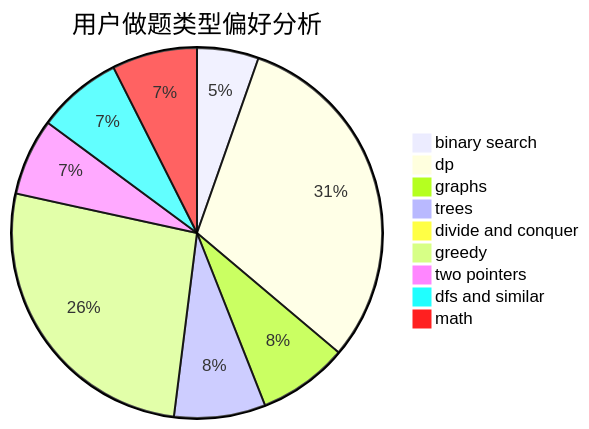
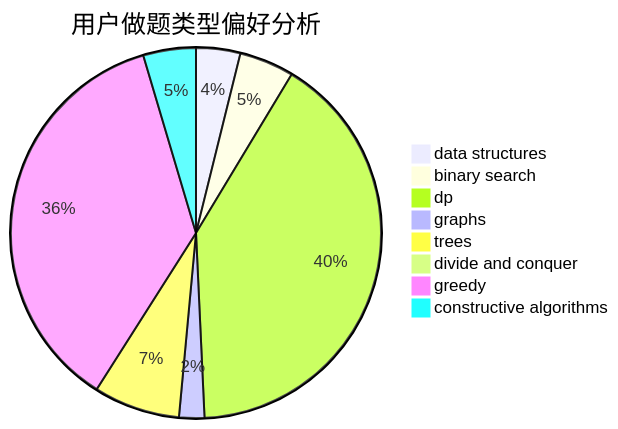
The second of 3 diagrams in docs/user/u2676.md (sherpahu/cfrs.github.io), drawn with Mermaid before and after one commit. The commit also changed other lines of this file and 2775 other files, not shown here.

````diff
--- a/docs/user/u2676.md
+++ b/docs/user/u2676.md
@@ -23,12 +23,11 @@
 ```mermaid
 pie title 用户做题类型偏好分析
-    "binary search" :  89
-    "dp" :  509
-    "graphs" :  130
-    "trees" :  132
+    "data structures" :  21
+    "binary search" :  26
+    "dp" :  221
+    "graphs" :  12
+    "trees" :  41
     "divide and conquer" :  4
-    "greedy" :  437
-    "two pointers" :  111
-    "dfs and similar" :  123
-    "math" :  123
+    "greedy" :  198
+    "constructive algorithms" :  25
 ```
````
